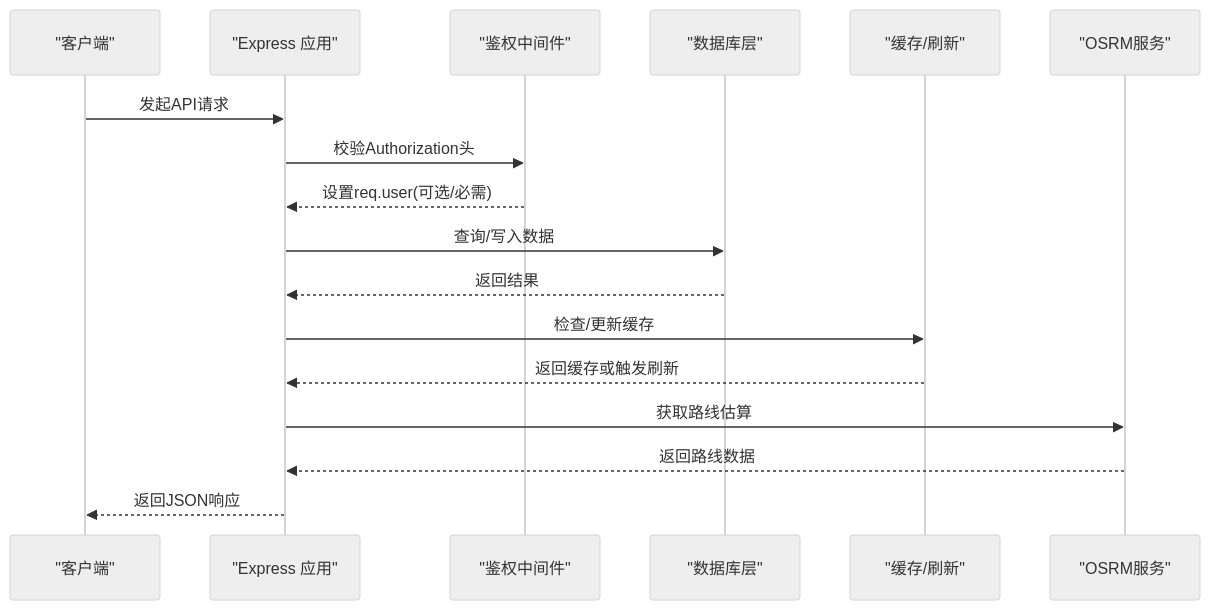
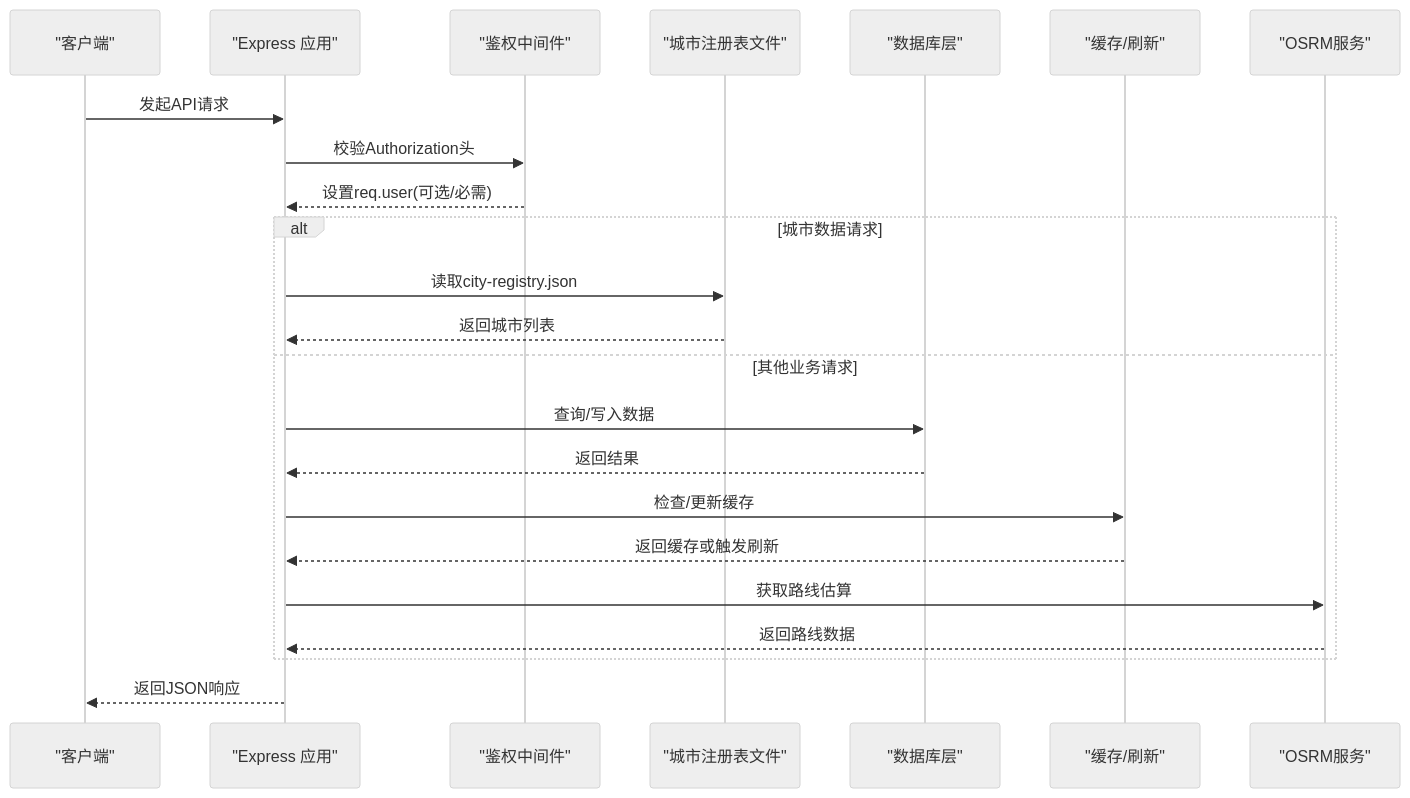
One commit to ititjjy/AITrip-plan changed the second of 6 diagrams in .qoder/repowiki/zh/content/API参考文档/API参考文档.md. Above: the diagram before and after it, drawn with Mermaid (neutral theme). The commit also changed other lines of this file and 144 other files, not shown here.

````diff
--- a/.qoder/repowiki/zh/content/API参考文档/API参考文档.md
+++ b/.qoder/repowiki/zh/content/API参考文档/API参考文档.md
@@ -113,19 +120,25 @@
 ```mermaid
 sequenceDiagram
 participant Client as "客户端"
 participant API as "Express 应用"
 participant Auth as "鉴权中间件"
+participant CityFile as "城市注册表文件"
 participant DB as "数据库层"
 participant Cache as "缓存/刷新"
 participant OSRM as "OSRM服务"
 Client->>API : 发起API请求
 API->>Auth : 校验Authorization头
 Auth-->>API : 设置req.user(可选/必需)
+alt 城市数据请求
+API->>CityFile : 读取city-registry.json
+CityFile-->>API : 返回城市列表
+else 其他业务请求
 API->>DB : 查询/写入数据
 DB-->>API : 返回结果
 API->>Cache : 检查/更新缓存
 Cache-->>API : 返回缓存或触发刷新
 API->>OSRM : 获取路线估算
 OSRM-->>API : 返回路线数据
+end
 API-->>Client : 返回JSON响应
 ```
````
